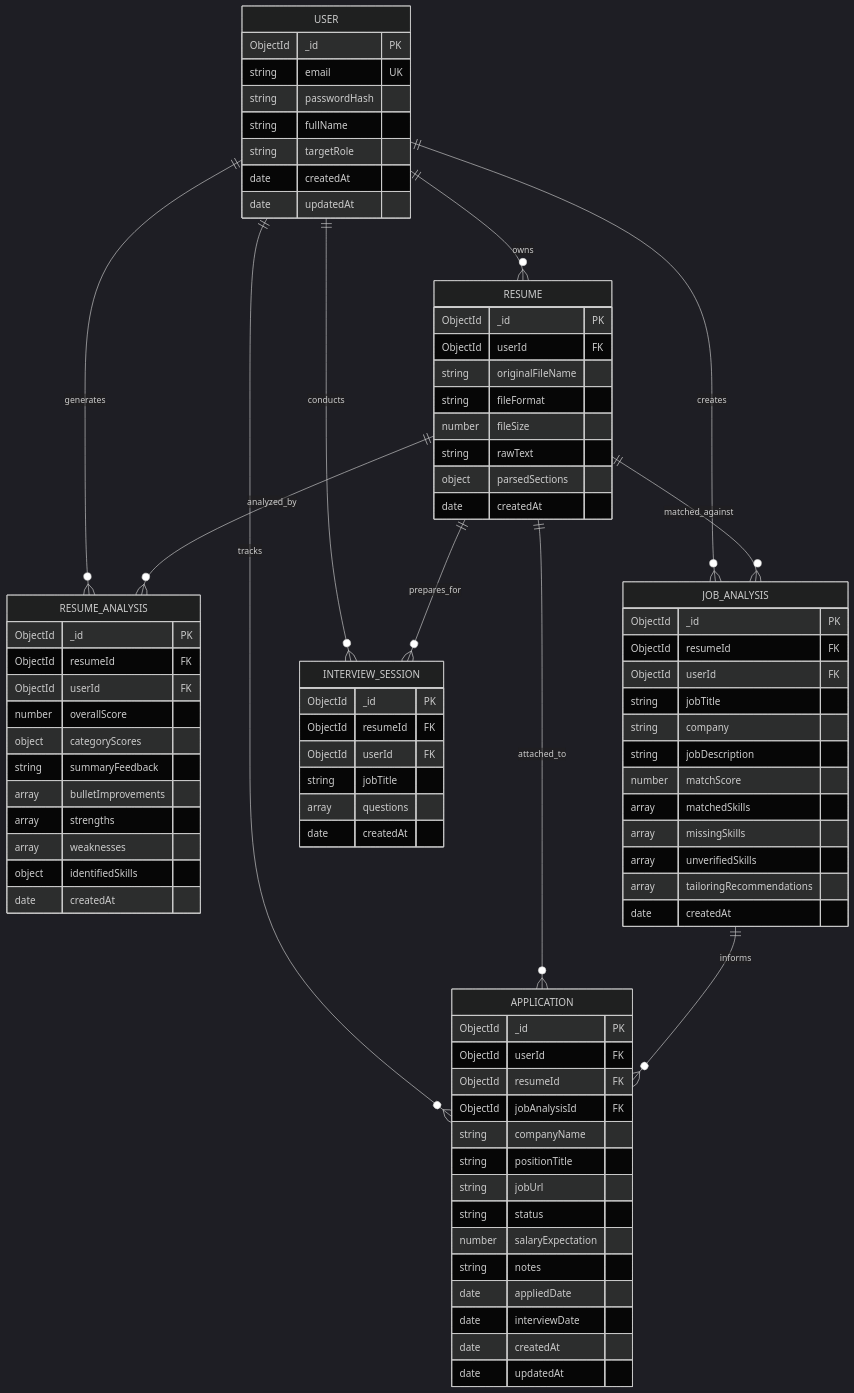
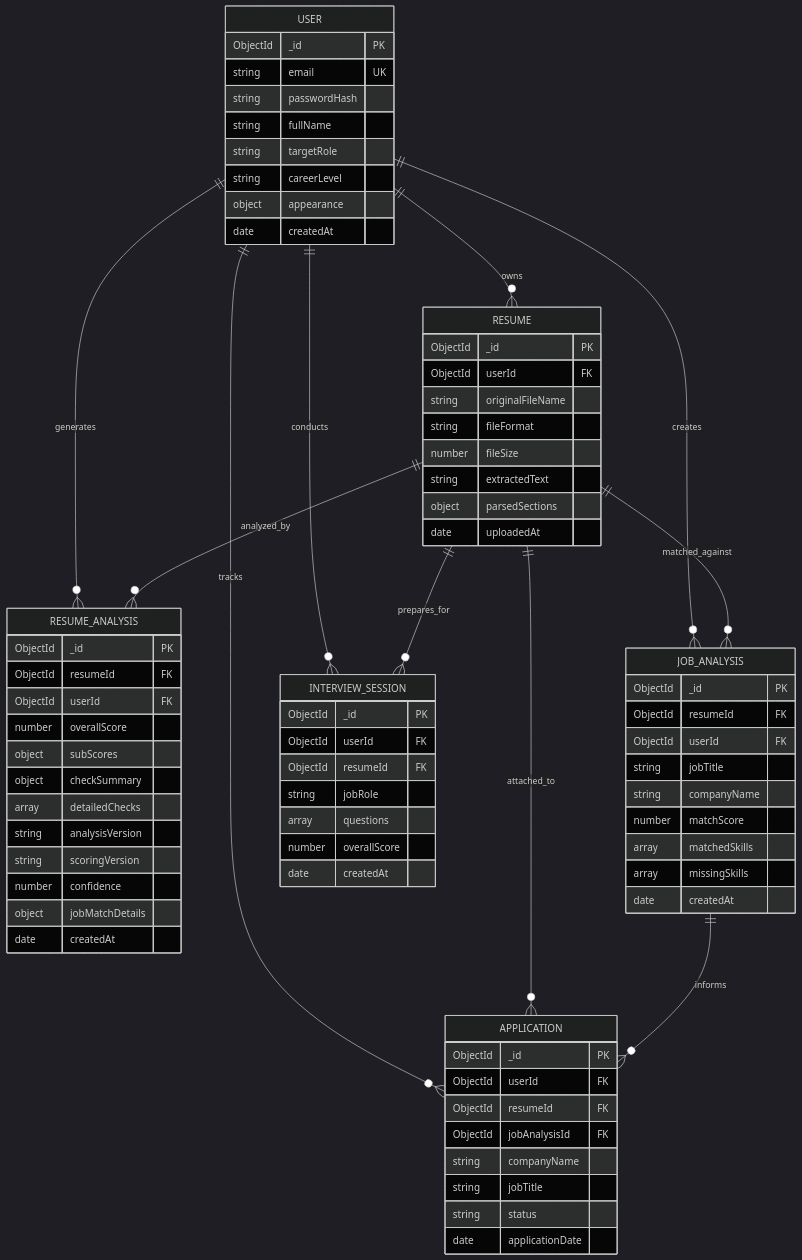
One commit to Abhishekpal9598/PrepForge-AI changed the diagram in docs/DATABASE_SCHEMA.md. Above: the diagram before and after it, drawn with Mermaid (dark theme). The commit also changed other lines of this file and 222 other files, not shown here.

````diff
--- a/docs/DATABASE_SCHEMA.md
+++ b/docs/DATABASE_SCHEMA.md
@@ -32,8 +46,9 @@
         string passwordHash
         string fullName
         string targetRole
+        string careerLevel
+        object appearance
         date createdAt
-        date updatedAt
     }
 
     RESUME {
@@ -42,9 +57,9 @@
         string originalFileName
         string fileFormat
         number fileSize
-        string rawText
+        string extractedText
         object parsedSections
-        date createdAt
+        date uploadedAt
     }
 
     RESUME_ANALYSIS {
@@ -52,12 +67,13 @@
         ObjectId resumeId FK
         ObjectId userId FK
         number overallScore
-        object categoryScores
-        string summaryFeedback
-        array bulletImprovements
-        array strengths
-        array weaknesses
-        object identifiedSkills
+        object subScores
+        object checkSummary
+        array detailedChecks
+        string analysisVersion
+        string scoringVersion
+        number confidence
+        object jobMatchDetails
         date createdAt
     }
 
@@ -66,22 +82,20 @@
         ObjectId resumeId FK
         ObjectId userId FK
         string jobTitle
-        string company
-        string jobDescription
+        string companyName
         number matchScore
         array matchedSkills
         array missingSkills
-        array unverifiedSkills
-        array tailoringRecommendations
         date createdAt
     }
 
     INTERVIEW_SESSION {
         ObjectId _id PK
+        ObjectId userId FK
         ObjectId resumeId FK
-        ObjectId userId FK
-        string jobTitle
+        string jobRole
         array questions
+        number overallScore
         date createdAt
     }
 
@@ -91,14 +105,8 @@
         ObjectId resumeId FK
         ObjectId jobAnalysisId FK
         string companyName
-        string positionTitle
-        string jobUrl
+        string jobTitle
         string status
-        number salaryExpectation
-        string notes
-        date appliedDate
-        date interviewDate
-        date createdAt
-        date updatedAt
+        date applicationDate
     }
 ```
````
